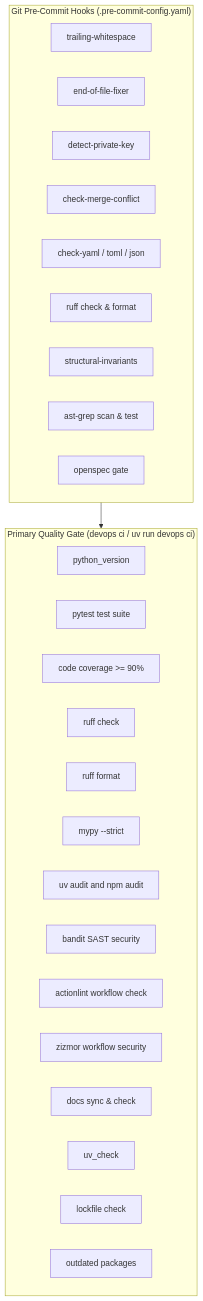
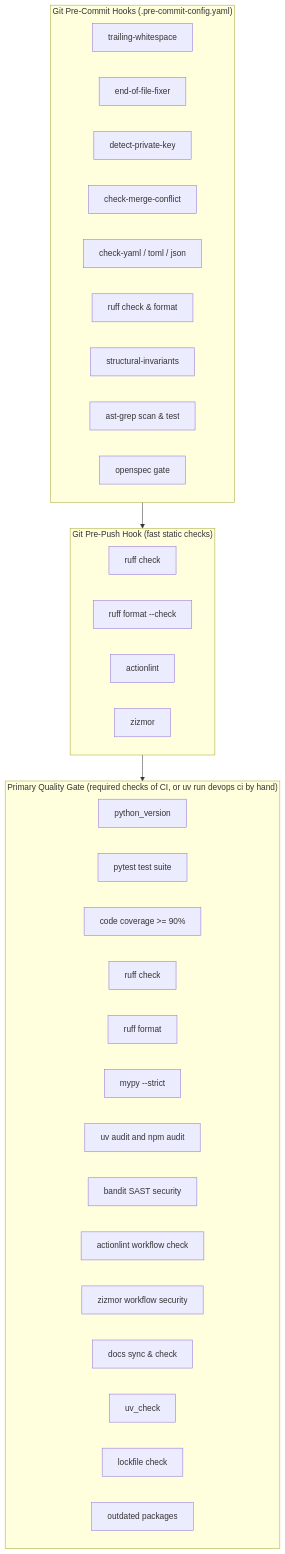
The fifth of 8 diagrams in docs/SDLC.md (dan-petty/devops-cli), drawn with Mermaid before and after one commit. The commit also changed other lines of this file and 25 other files, not shown here.

First line of the commit message:
ci(gate): required status checks gate the merge and the pre-push hook runs the fast static checks

````diff
--- a/docs/SDLC.md
+++ b/docs/SDLC.md
@@ -146,33 +146,41 @@
 ```mermaid
 flowchart TD
     subgraph PreCommit["Git Pre-Commit Hooks (.pre-commit-config.yaml)"]
         H1[trailing-whitespace]
         H2[end-of-file-fixer]
         H3[detect-private-key]
         H4[check-merge-conflict]
         H5[check-yaml / toml / json]
         H6[ruff check & format]
         H7[structural-invariants]
         H8[ast-grep scan & test]
         H9[openspec gate]
     end
 
-    subgraph CIQualityGate["Primary Quality Gate (devops ci / uv run devops ci)"]
+    subgraph PrePush["Git Pre-Push Hook (fast static checks)"]
+        P1[ruff check]
+        P2[ruff format --check]
+        P3[actionlint]
+        P4[zizmor]
+    end
+
+    subgraph CIQualityGate["Primary Quality Gate (required checks of CI, or uv run devops ci by hand)"]
         G1[python_version]
         G2[pytest test suite]
         G3[code coverage >= 90%]
         G4[ruff check]
         G5[ruff format]
         G6[mypy --strict]
         G7[uv audit and npm audit]
         G8[bandit SAST security]
         G9[actionlint workflow check]
         G9b[zizmor workflow security]
         G10[docs sync & check]
         G11[uv_check]
         G12[lockfile check]
         G13[outdated packages]
     end
 
-    PreCommit --> CIQualityGate
+    PreCommit --> PrePush
+    PrePush --> CIQualityGate
 ```
````
